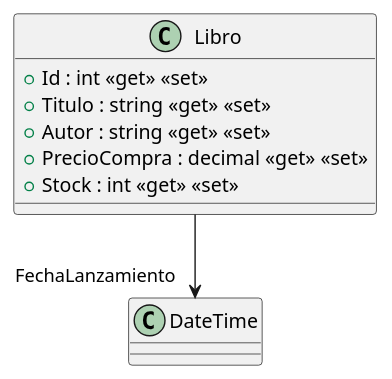
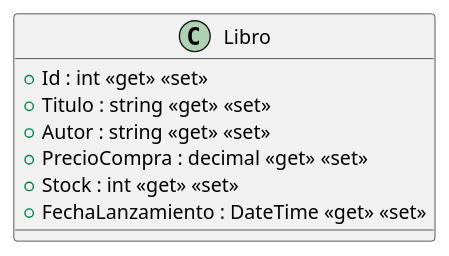
One commit to ISII2627NeedMoneyForMac/ISII2627NeedMoneyForMac changed the diagram in src/AppForSEII.API/ClassDiagram/Libro.puml. Above: the diagram before and after it, drawn with PlantUML. The commit also changed 12 other files, not shown here.

Commit message:
Modificada las clase subasta, libro y reposición y modificacion o creacion de las relacionadas a su diagrama para corregir errores

```diff
--- a/src/AppForSEII.API/ClassDiagram/Libro.puml
+++ b/src/AppForSEII.API/ClassDiagram/Libro.puml
@@ -1,10 +1,10 @@
 @startuml
 class Libro {
     + Id : int <<get>> <<set>>
     + Titulo : string <<get>> <<set>>
     + Autor : string <<get>> <<set>>
     + PrecioCompra : decimal <<get>> <<set>>
     + Stock : int <<get>> <<set>>
+    + FechaLanzamiento : DateTime <<get>> <<set>>
 }
-Libro --> "FechaLanzamiento" DateTime
 @enduml
```
